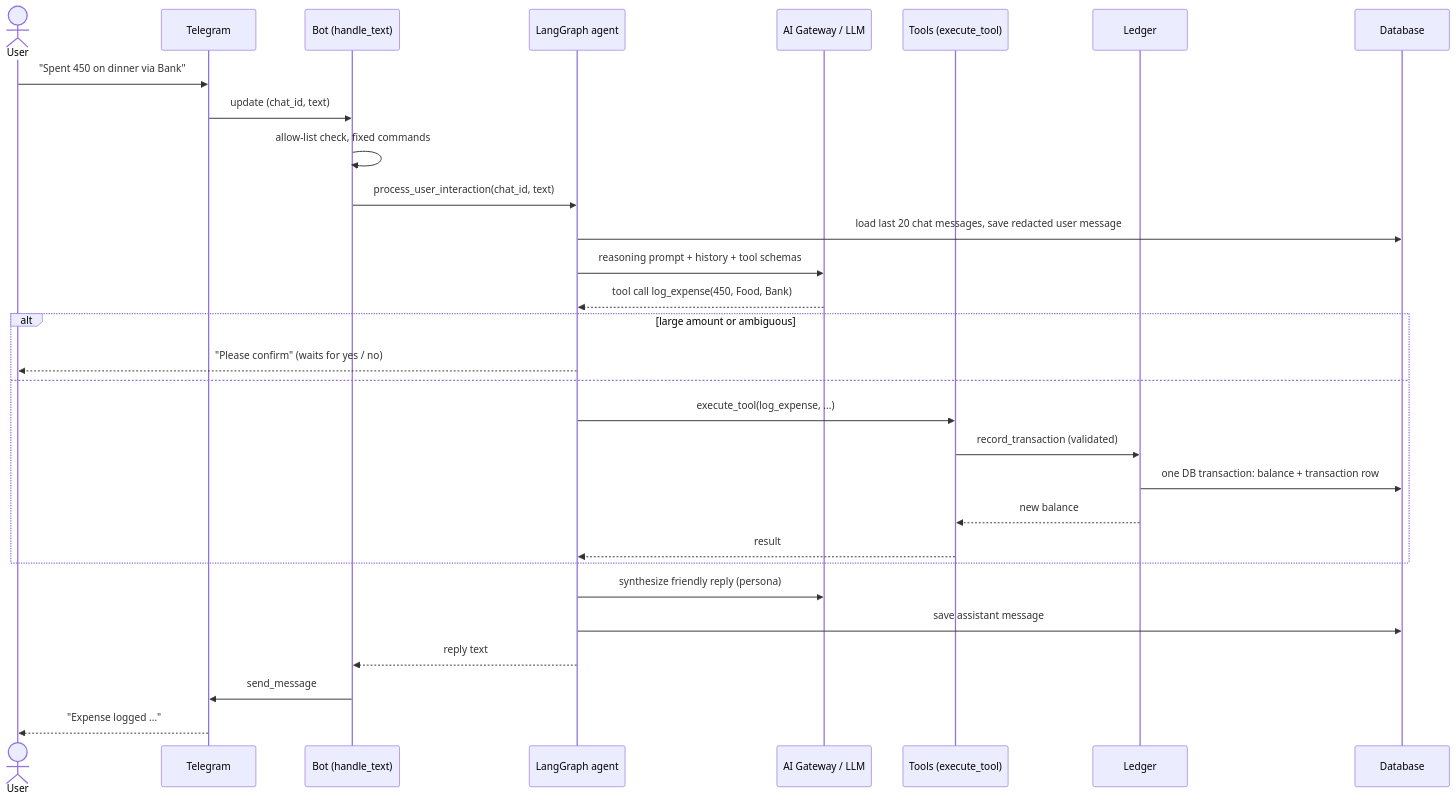
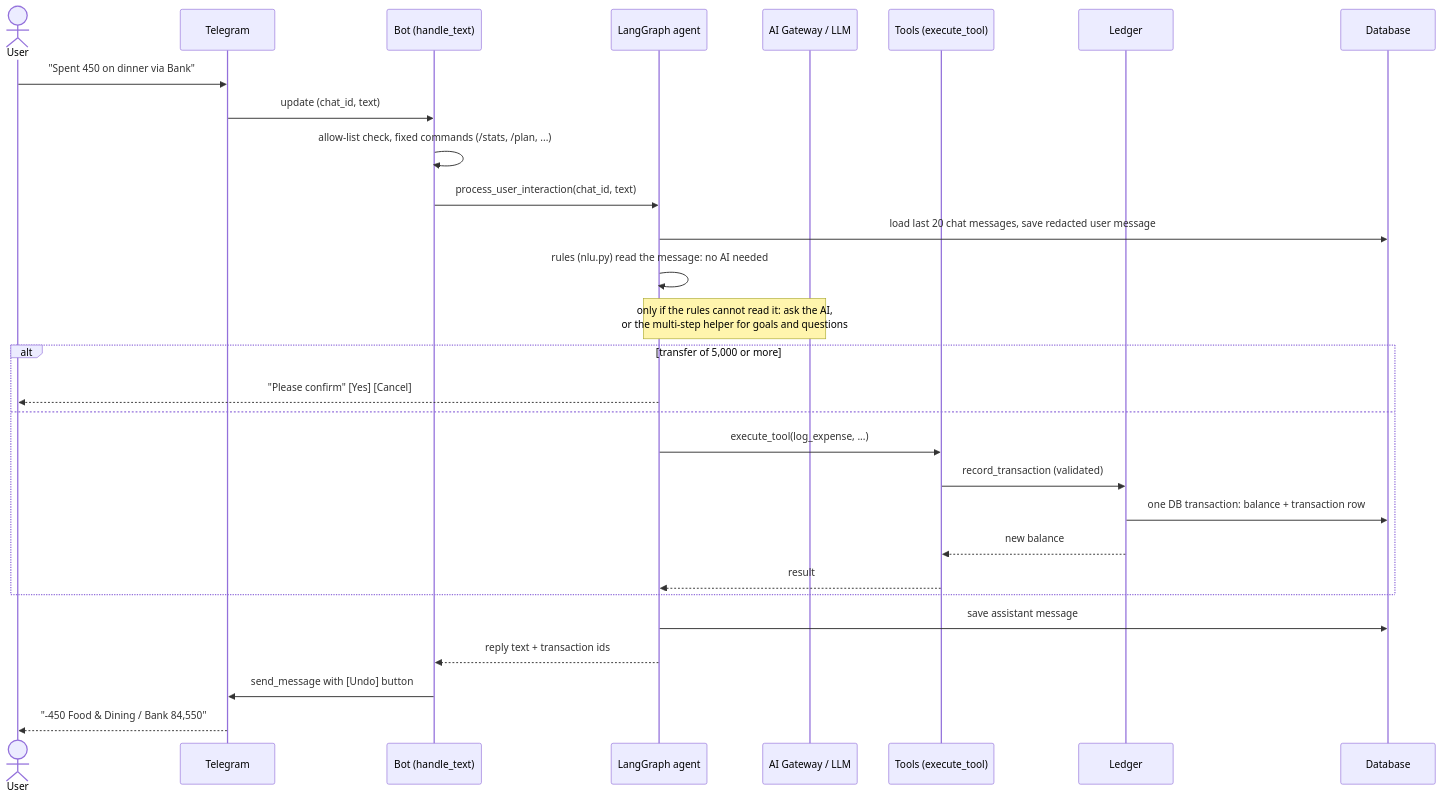
One commit to FissionLife/WalletLedger changed the second of 9 diagrams in docs/ARCHITECTURE.md. Above: the diagram before and after it, drawn with Mermaid. The commit also changed other lines of this file and 10 other files, not shown here.

````diff
--- a/docs/ARCHITECTURE.md
+++ b/docs/ARCHITECTURE.md
@@ -42,33 +50,32 @@
 ```mermaid
 sequenceDiagram
     actor U as User
     participant T as Telegram
     participant B as Bot (handle_text)
     participant A as LangGraph agent
     participant G as AI Gateway / LLM
     participant M as Tools (execute_tool)
     participant L as Ledger
     participant D as Database
 
     U->>T: "Spent 450 on dinner via Bank"
     T->>B: update (chat_id, text)
-    B->>B: allow-list check, fixed commands
+    B->>B: allow-list check, fixed commands (/stats, /plan, ...)
     B->>A: process_user_interaction(chat_id, text)
     A->>D: load last 20 chat messages, save redacted user message
-    A->>G: reasoning prompt + history + tool schemas
-    G-->>A: tool call log_expense(450, Food, Bank)
-    alt large amount or ambiguous
-        A-->>U: "Please confirm" (waits for yes / no)
+    A->>A: rules (nlu.py) read the message: no AI needed
+    Note over A,G: only if the rules cannot read it: ask the AI,<br/>or the multi-step helper for goals and questions
+    alt transfer of 5,000 or more
+        A-->>U: "Please confirm" [Yes] [Cancel]
     else
         A->>M: execute_tool(log_expense, ...)
         M->>L: record_transaction (validated)
         L->>D: one DB transaction: balance + transaction row
         L-->>M: new balance
         M-->>A: result
     end
-    A->>G: synthesize friendly reply (persona)
     A->>D: save assistant message
-    A-->>B: reply text
-    B->>T: send_message
-    T-->>U: "Expense logged ..."
+    A-->>B: reply text + transaction ids
+    B->>T: send_message with [Undo] button
+    T-->>U: "-450 Food & Dining / Bank 84,550"
 ```
````
